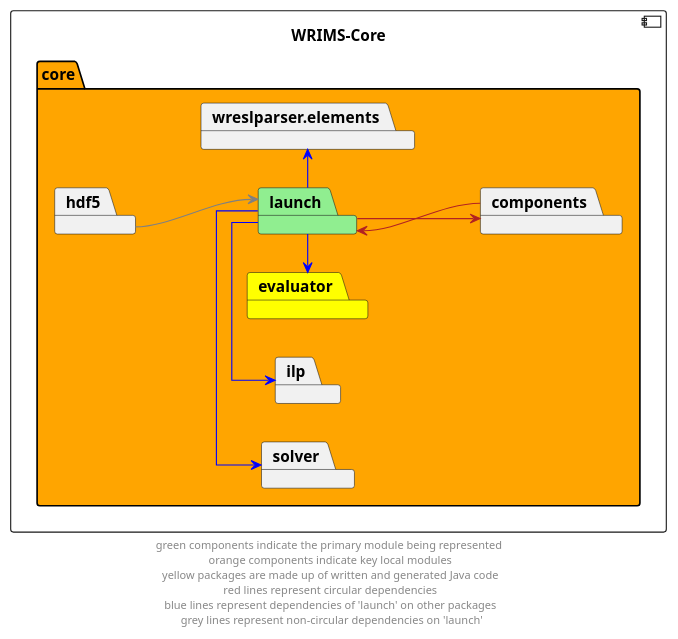
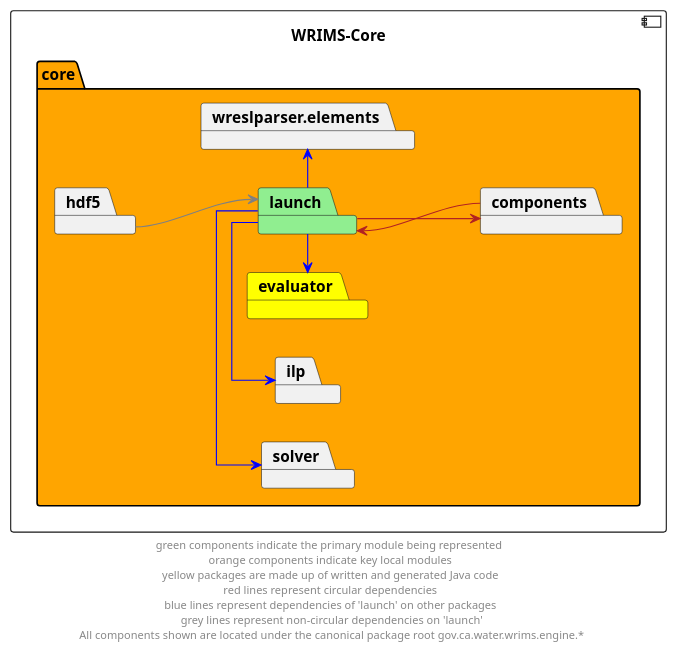
The diagram in docs/diagrams/wrims-core/wrims-core_launch.puml (CentralValleyModeling/wrims-engine), drawn with PlantUML before and after one commit. The commit also changed 34 other files, not shown here.

Commit message:
Added missing canonical tld path references to diagrams

```diff
--- a/docs/diagrams/wrims-core/wrims-core_launch.puml
+++ b/docs/diagrams/wrims-core/wrims-core_launch.puml
@@ -1,31 +1,31 @@
 @startuml
 left to right direction
 skinparam linetype ortho
 
 component wrims_core as "WRIMS-Core"  {
     package core #orange {
         package launch #lightgreen
         package components
         package evaluator #yellow
         package solver
         package hdf5
         package ilp
         package wreslparser.elements
     }
 }
 
 launch -->  components #firebrick
 components --> launch #firebrick
 
 launch -left->  evaluator #blue
 launch -left->  ilp #blue
 launch -left->  solver #blue
 launch -r->  wreslparser.elements #blue
 
 hdf5 --> launch #grey
 
 ' The following relationships are hidden and used to format the diagram. They do not represent actual dependencies.
 'debug -r[hidden]-> evaluator
 
-footer "green components indicate the primary module being represented \n orange components indicate key local modules \n yellow packages are made up of written and generated Java code \n red lines represent circular dependencies \n blue lines represent dependencies of 'launch' on other packages \n grey lines represent non-circular dependencies on 'launch'"
+footer "green components indicate the primary module being represented \n orange components indicate key local modules \n yellow packages are made up of written and generated Java code \n red lines represent circular dependencies \n blue lines represent dependencies of 'launch' on other packages \n grey lines represent non-circular dependencies on 'launch'\n All components shown are located under the canonical package root gov.ca.water.wrims.engine.*"
 @enduml
```
